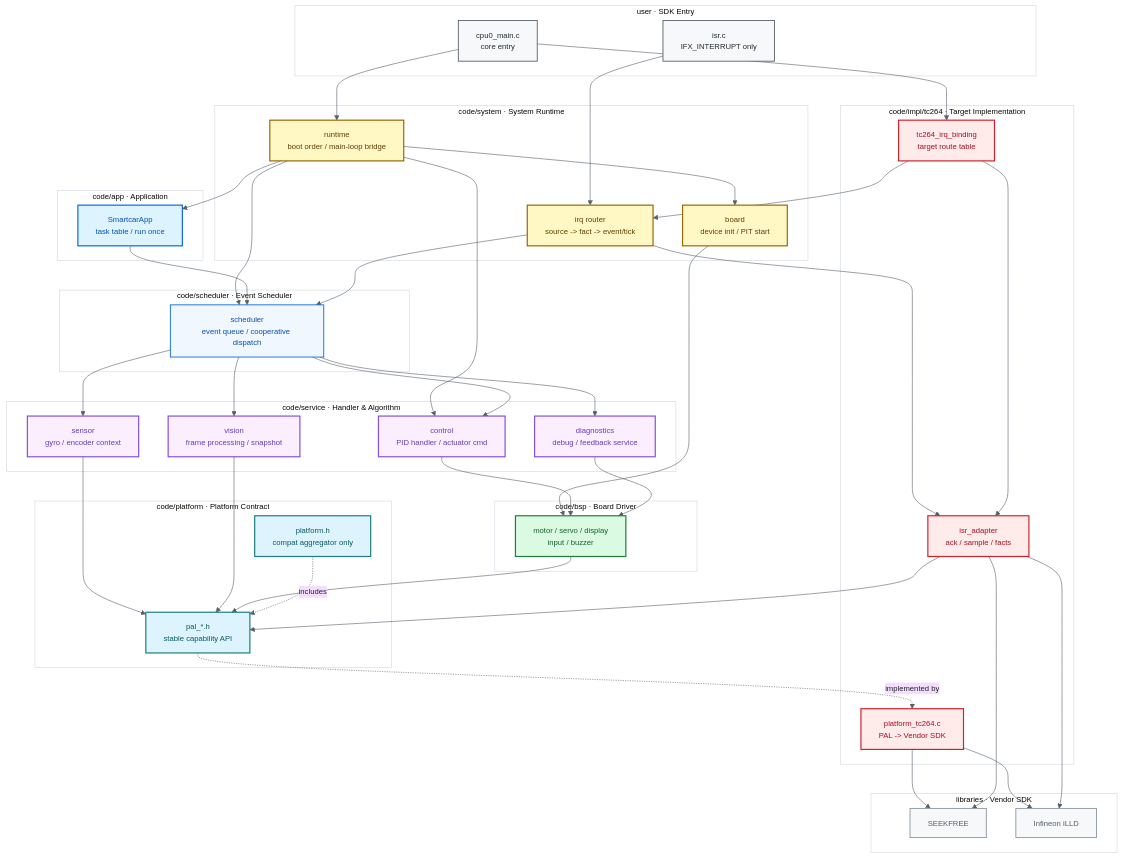
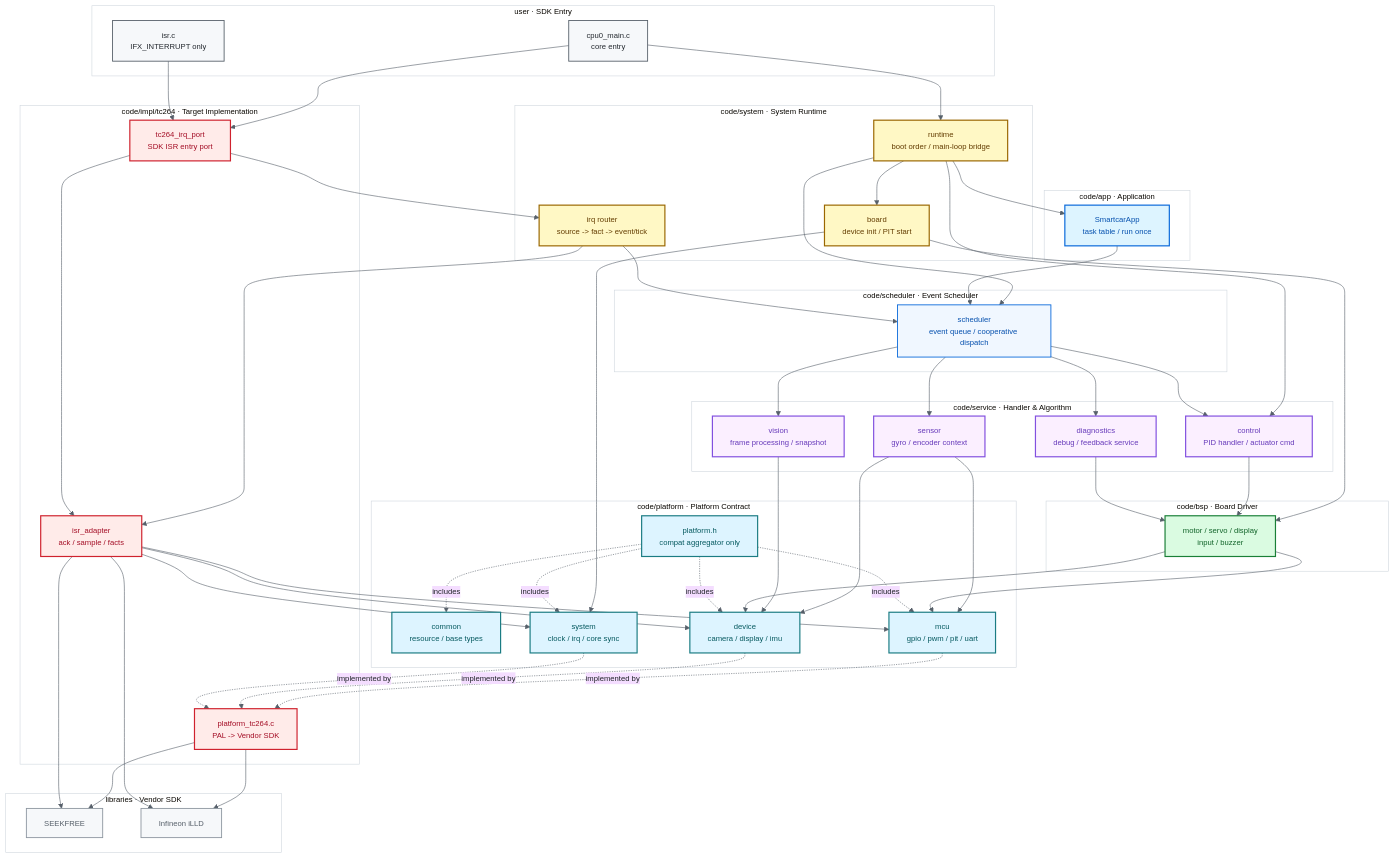
One commit to ParacosmYy/GS_Smart_car changed the first of 2 diagrams in README.md. Above: the diagram before and after it, drawn with Mermaid. The commit also changed other lines of this file and 35 other files, not shown here.

```diff
--- a/README.md
+++ b/README.md
@@ -64,12 +64,15 @@
     end
 
     subgraph PLATFORM["code/platform · Platform Contract"]
-        PAL["pal_*.h<br/>stable capability API"]:::platform
+        PAL_COMMON["common<br/>resource / base types"]:::platform
+        PAL_MCU["mcu<br/>gpio / pwm / pit / uart"]:::platform
+        PAL_DEVICE["device<br/>camera / display / imu"]:::platform
+        PAL_SYSTEM["system<br/>clock / irq / core sync"]:::platform
         PAL_AGG["platform.h<br/>compat aggregator only"]:::platform
     end
 
     subgraph IMPL["code/impl/tc264 · Target Implementation"]
-        BINDING["tc264_irq_binding<br/>target route table"]:::impl
+        IRQPORT["tc264_irq_port<br/>SDK ISR entry port"]:::impl
         ADAPTER["isr_adapter<br/>ack / sample / facts"]:::impl
         PAL_IMPL["platform_tc264.c<br/>PAL -> Vendor SDK"]:::impl
     end
@@ -80,8 +83,8 @@
     end
 
     CPU0 --> RUNTIME
-    CPU0 --> BINDING
-    ISR --> IRQ
+    CPU0 --> IRQPORT
+    ISR --> IRQPORT
     RUNTIME --> BOARD
     RUNTIME --> CONTROL
     RUNTIME --> APP_MAIN
@@ -94,16 +97,26 @@
     SCHED --> DEBUG
     CONTROL --> DRIVERS
     DEBUG --> DRIVERS
-    SENSOR --> PAL
-    VISION --> PAL
-    DRIVERS --> PAL
-    PAL_AGG -. includes .-> PAL
+    SENSOR --> PAL_MCU
+    SENSOR --> PAL_DEVICE
+    VISION --> PAL_DEVICE
+    DRIVERS --> PAL_MCU
+    DRIVERS --> PAL_DEVICE
+    BOARD --> PAL_SYSTEM
+    PAL_AGG -. includes .-> PAL_COMMON
+    PAL_AGG -. includes .-> PAL_MCU
+    PAL_AGG -. includes .-> PAL_DEVICE
+    PAL_AGG -. includes .-> PAL_SYSTEM
     IRQ --> ADAPTER
     IRQ --> SCHED
-    BINDING --> IRQ
-    BINDING --> ADAPTER
-    ADAPTER --> PAL
-    PAL -. implemented by .-> PAL_IMPL
+    IRQPORT --> IRQ
+    IRQPORT --> ADAPTER
+    ADAPTER --> PAL_MCU
+    ADAPTER --> PAL_DEVICE
+    ADAPTER --> PAL_SYSTEM
+    PAL_MCU -. implemented by .-> PAL_IMPL
+    PAL_DEVICE -. implemented by .-> PAL_IMPL
+    PAL_SYSTEM -. implemented by .-> PAL_IMPL
     PAL_IMPL --> SEEKFREE
     PAL_IMPL --> ILLD
     ADAPTER --> SEEKFREE
```
